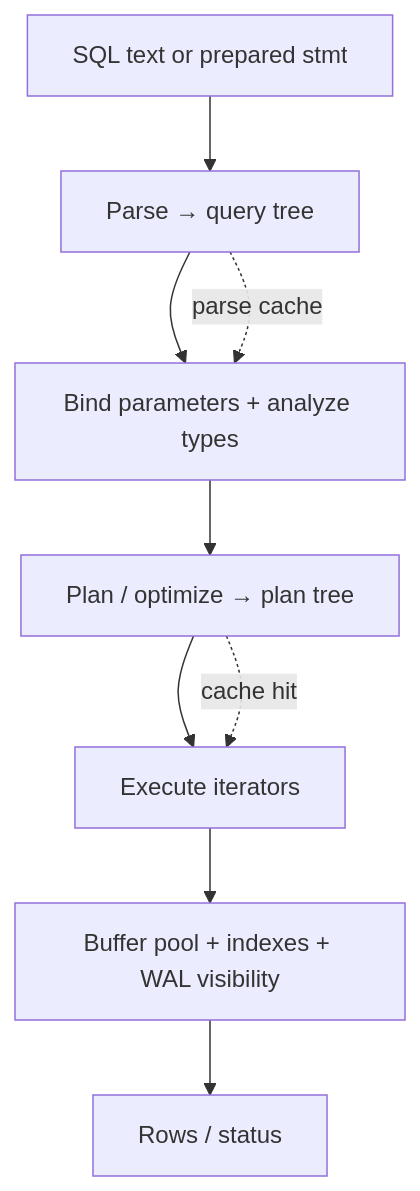
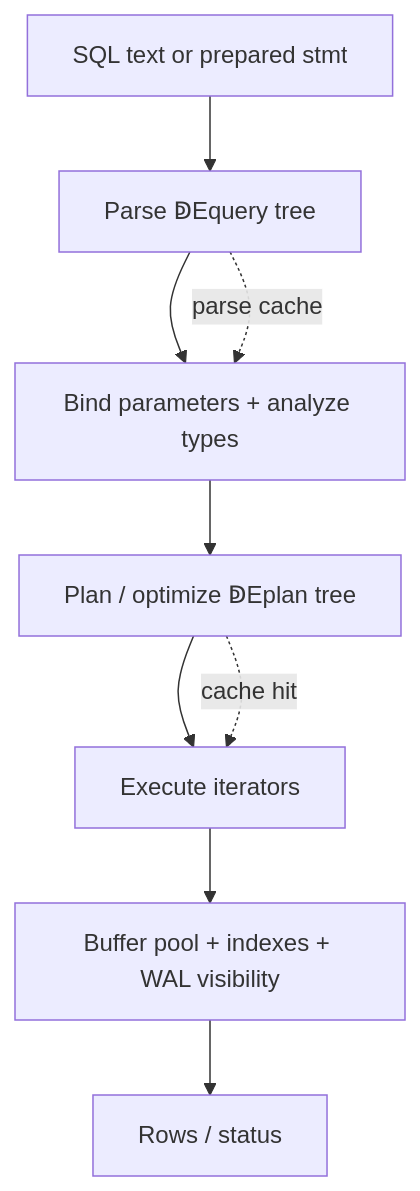
Before and after one commit to navdeeps120/Software-Engineering-Bible: the first of 3 diagrams in 08-Databases/04-Query-Processing-and-Planning/Parse Bind Plan Execute Pipeline.md, drawn with Mermaid. The commit also changed other lines of this file and 41 other files, not shown here.

Commit message:
Enhance Databases track with 13 modules and 65 topics, including TypeScript labs, exercise sets, and mini projects. Update README and ROADMAP to reflect completion of Phase 3 for Databases. Revise various references and links throughout the documentation for clarity and accuracy.

````diff
--- a/08-Databases/04-Query-Processing-and-Planning/Parse Bind Plan Execute Pipeline.md
+++ b/08-Databases/04-Query-Processing-and-Planning/Parse Bind Plan Execute Pipeline.md
@@ -67,11 +67,11 @@
 ```mermaid
 flowchart TD
-    SQL[SQL text or prepared stmt] --> Parse[Parse → query tree]
+    SQL[SQL text or prepared stmt] --> Parse[Parse ↁEquery tree]
     Parse --> Bind[Bind parameters + analyze types]
-    Bind --> Plan[Plan / optimize → plan tree]
+    Bind --> Plan[Plan / optimize ↁEplan tree]
     Plan --> Exec[Execute iterators]
     Exec --> Pages[Buffer pool + indexes + WAL visibility]
     Pages --> Result[Rows / status]
     Plan -.->|cache hit| Exec
     Parse -.->|parse cache| Bind
 ```
````
